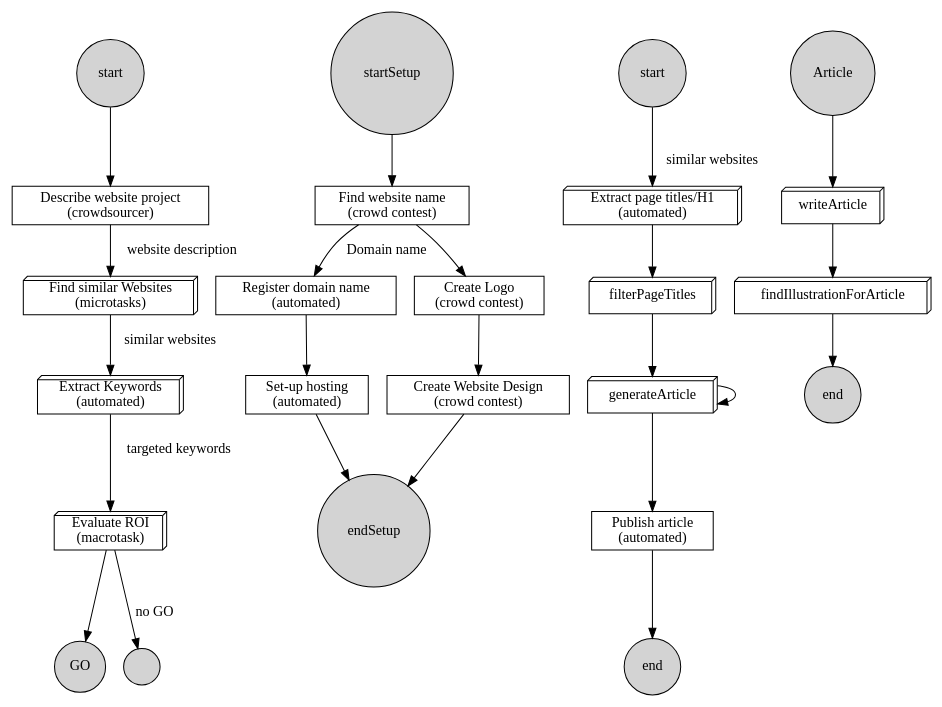
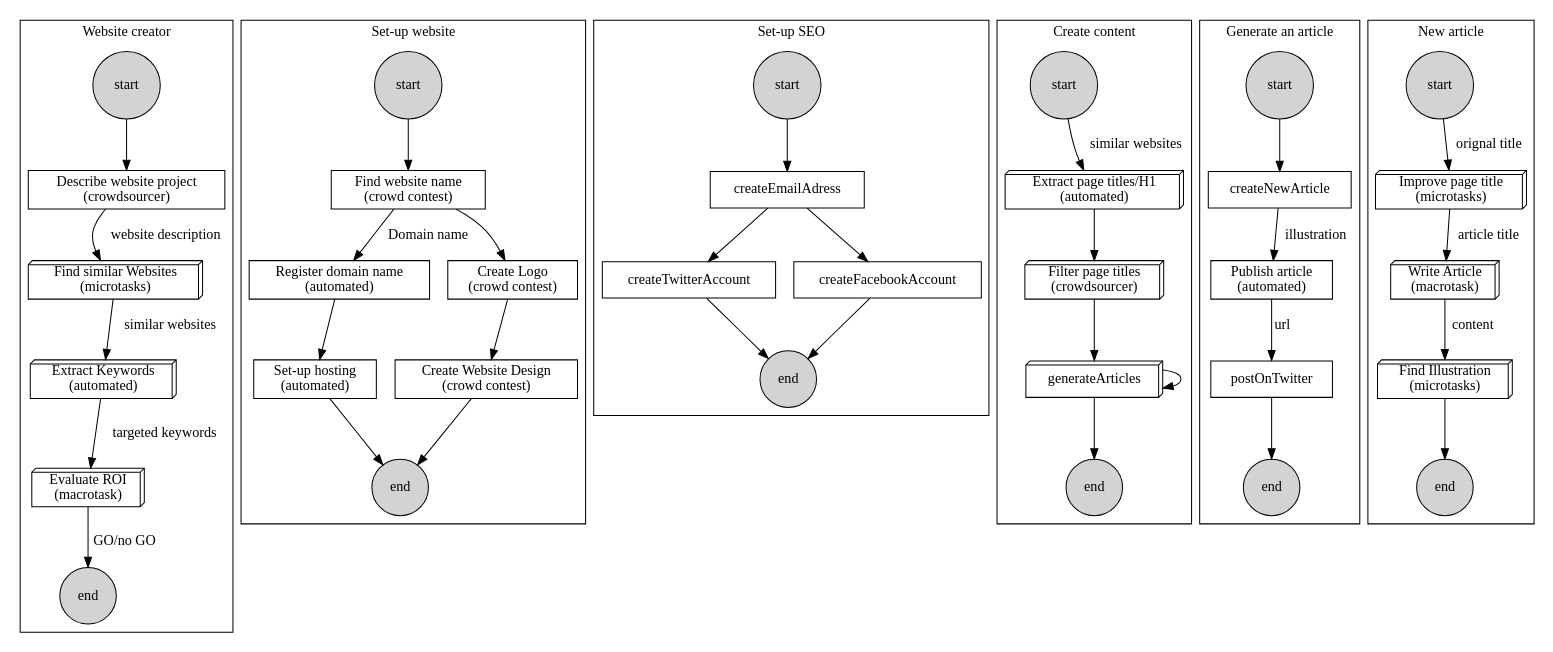
One commit to ericabouaf/humantask_server changed the diagram in examples/website-creator/website-creator.dot. Above: the diagram before and after it, drawn with Graphviz. The commit also changed 1 other file, not shown here.

```diff
--- a/examples/website-creator/website-creator.dot
+++ b/examples/website-creator/website-creator.dot
@@ -1,82 +1,124 @@
+
+# rm website-creator.png && dot website-creator.dot -Tpng > website-creator.png
+
 digraph G { 
 
+    node[shape="box"];
 
-    ###########################
-    # Website creator nodes
-    ###########################
+    subgraph cluster0 {
 
-    start [shape=circle,style=filled];
-    describeWebsiteProject [shape=box,label="Describe website project\n(crowdsourcer)"];
-    findSimilarWebsites [shape=box3d,label="Find similar Websites\n(microtasks)"];
-    extractKeywords [shape=box3d,label="Extract Keywords\n(automated)"];
-    evaluateROI [shape=box3d,label="Evaluate ROI\n(macrotask)"];
-    GO [shape=circle,style=filled];
-    noGO [shape=circle,style=filled,label=""];
+        #node [style=filled];
+        label = "Website creator";
+
+        # nodes
+        start [shape=circle,style=filled];
+        describeWebsiteProject [label="Describe website project\n(crowdsourcer)"];
+        findSimilarWebsites [shape=box3d,label="Find similar Websites\n(microtasks)"];
+        extractKeywords [shape=box3d,label="Extract Keywords\n(automated)"];
+        evaluateROI [shape=box3d,label="Evaluate ROI\n(macrotask)"];
+        end [shape=circle,style=filled,label="end"];
+
+        # Website creator links
+        start -> describeWebsiteProject;
+        describeWebsiteProject -> findSimilarWebsites [label="website description"];
+        findSimilarWebsites -> extractKeywords [label="similar websites"];
+        extractKeywords -> evaluateROI [label="targeted keywords"];
+        evaluateROI -> end [label="GO/no GO"];
+    }
+
+    subgraph cluster1 {
+        
+        label = "Set-up website";
+
+        startSetup [shape=circle,style=filled,label="start"];
+        findName [label="Find website name\n(crowd contest)"];
+        registerDomain [label="Register domain name\n(automated)"];
+        createLogo [label="Create Logo\n(crowd contest)"];
+        createWebsiteDesign [label="Create Website Design\n(crowd contest)"];
+        hosting [label="Set-up hosting\n(automated)"];
+        endSetup [shape=circle,style=filled,label="end"];
+
+        # Set-up website links
+        startSetup -> findName;
+        findName -> createLogo;
+        findName -> registerDomain [label="Domain name"];
+        registerDomain -> hosting;
+        hosting -> endSetup;
+        createLogo -> createWebsiteDesign;
+        createWebsiteDesign -> endSetup;
+
+    }
+
+    subgraph cluster11 {
+        
+        label = "Set-up SEO";
+
+        startSeo [shape=circle,style=filled,label="start"];
+        
+        #hosting [shape=box,label="Set-up hosting\n(automated)"];
+        endSeo [shape=circle,style=filled,label="end"];
+
+        # Set-up website links
+        startSeo -> createEmailAdress;
+        createEmailAdress -> createTwitterAccount;
+        createEmailAdress -> createFacebookAccount;
+
+        createTwitterAccount -> endSeo;
+        createFacebookAccount -> endSeo;
+    }
 
 
-    # Website creator links
-    start -> describeWebsiteProject;
-    describeWebsiteProject -> findSimilarWebsites [label="website description"];
-    findSimilarWebsites -> extractKeywords [label="similar websites"];
-    extractKeywords -> evaluateROI [label="targeted keywords"];
-    evaluateROI -> noGO [label="no GO"];
-    evaluateROI -> GO;
+    subgraph cluster2 {
 
-    
-    ###########################
-    # Set-up website node
-    ###########################
+        label = "Create content";
 
-    startSetup [shape=circle,style=filled];
-    findName [shape=box,label="Find website name\n(crowd contest)"];
-    registerDomain [shape=box,label="Register domain name\n(automated)"];
-    createLogo [shape=box,label="Create Logo\n(crowd contest)"];
-    createWebsiteDesign [shape=box,label="Create Website Design\n(crowd contest)"];
-    hosting [shape=box,label="Set-up hosting\n(automated)"];
-    endSetup [shape=circle,style=filled];
+        startContent [shape=circle,style=filled,label="start"];
+        extractPageTitles [shape=box3d,label="Extract page titles/H1\n(automated)"];
+        filterPageTitles [shape=box3d,label="Filter page titles\n(crowdsourcer)"];
+        generateArticles [shape=box3d];
+        endContent [shape=circle,style=filled,label="end"];
 
-    # Set-up website links
-    startSetup -> findName;
-    findName -> createLogo;
-    findName -> registerDomain [label="Domain name"];
-    registerDomain -> hosting;
-    hosting -> endSetup;
-    createLogo -> createWebsiteDesign;
-    createWebsiteDesign -> endSetup;
+        # Create content links
+        startContent -> extractPageTitles [label="similar websites"];
+        extractPageTitles -> filterPageTitles;
+        filterPageTitles -> generateArticles;
+        generateArticles -> generateArticles;
+        generateArticles -> endContent;
+    }
 
 
-    ###########################
-    # Create content nodes
-    ###########################
+    subgraph cluster3 {
 
-    startContent [shape=circle,style=filled,label="start"];
-    extractPageTitles [shape=box3d,label="Extract page titles/H1\n(automated)"];
-    filterPageTitles [shape=box3d];
-    publishArticles [shape=box,label="Publish article\n(automated)"];
-    generateArticle [shape=box3d];
-    endContent [shape=circle,style=filled,label="end"];
+        label = "Generate an article";
+
+        genArticle [shape=circle,style=filled,label="start"];
+        createNewArticle;
+        publishArticle [label="Publish article\n(automated)"];
+        endArticle [shape=circle,style=filled,label="end"];
+
+        genArticle -> createNewArticle;
+        createNewArticle -> publishArticle [label="illustration"];
+        publishArticle -> postOnTwitter [label="url"];
+        postOnTwitter -> endArticle;
+
+    }
 
 
-    # Create content links
-    startContent -> extractPageTitles [label="similar websites"];
-    extractPageTitles -> filterPageTitles;
-    filterPageTitles -> generateArticle;
-    generateArticle -> publishArticles;
-    generateArticle -> generateArticle;
-    publishArticles -> endContent;
+    subgraph cluster4 {
 
+        label = "New article";
 
-    ###########################
-    # Generate article
-    ###########################
+        newArticle [shape=circle,style=filled,label="start"];
+        improvePageTitles [shape=box3d,label="Improve page title\n(microtasks)"];
+        writeArticle  [shape=box3d,label="Write Article\n(macrotask)"];
+        findIllustrationForArticle [shape=box3d,label="Find Illustration\n(microtasks)"];
+        endNewArticle [shape=circle,style=filled,label="end"];
 
-    genArticle [shape=circle,style=filled,label="Article"];
-    writeArticle  [shape=box3d];
-    findIllustrationForArticle [shape=box3d];
-    endArticle [shape=circle,style=filled,label="end"];
+        newArticle -> improvePageTitles [label="orignal title"];
+        improvePageTitles -> writeArticle [label="article title"];
+        writeArticle -> findIllustrationForArticle [label="content"];
+        findIllustrationForArticle -> endNewArticle;
 
-    genArticle -> writeArticle;
-    writeArticle -> findIllustrationForArticle;
-    findIllustrationForArticle -> endArticle;
+    }
 
 } 
```
